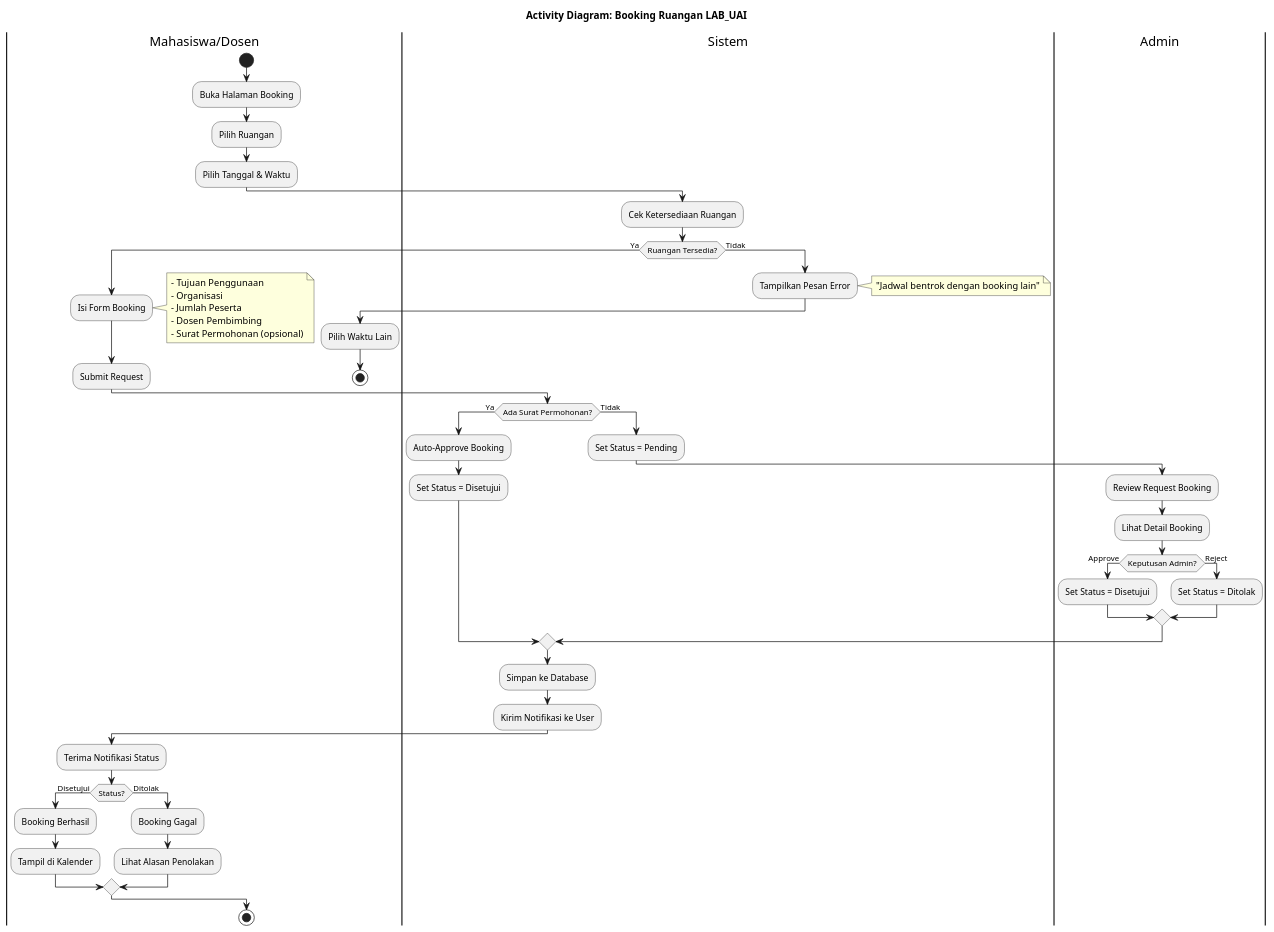
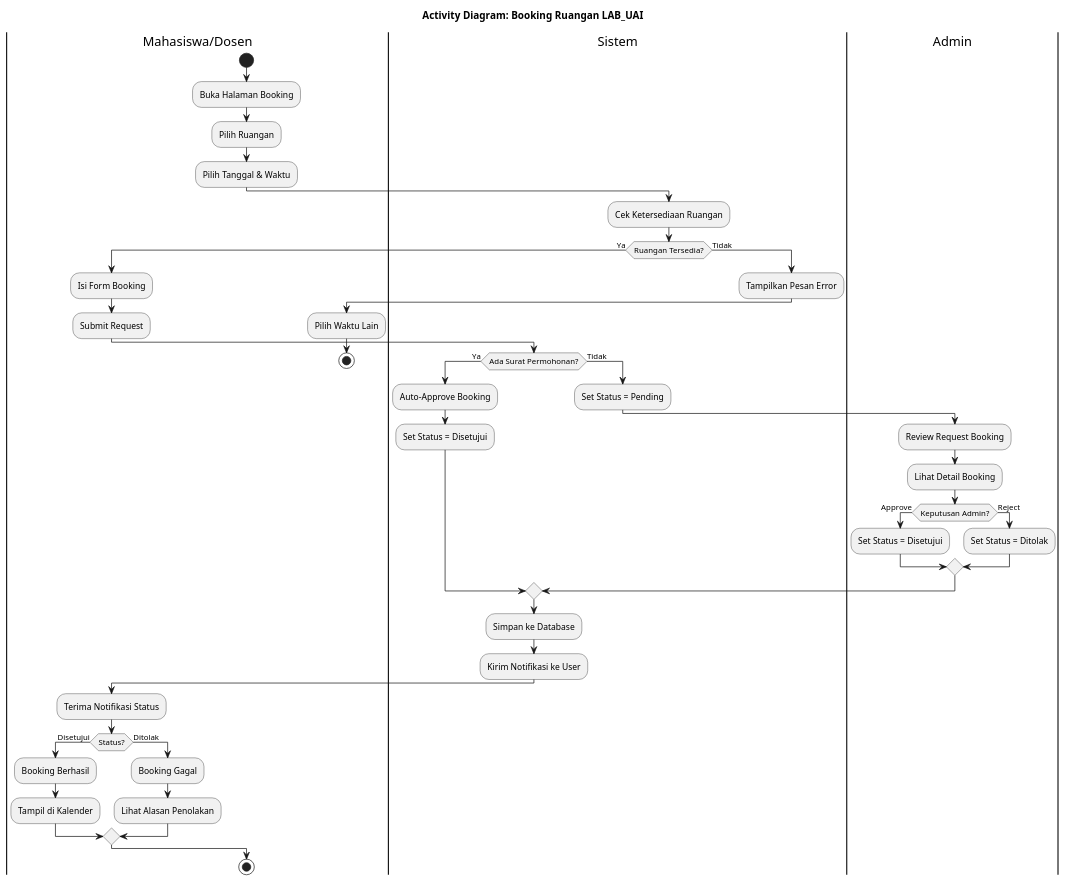
The diagram in docs/backend/activity-booking.puml (akhdanyafi/lab_uai_from_asyraf), drawn with PlantUML before and after one commit. The commit also changed 3 other files, not shown here.

```diff
--- a/docs/backend/activity-booking.puml
+++ b/docs/backend/activity-booking.puml
@@ -1,72 +1,64 @@
 @startuml BookingRuangan
 
 title Activity Diagram: Booking Ruangan LAB_UAI
 
 |Mahasiswa/Dosen|
 start
 :Buka Halaman Booking;
 :Pilih Ruangan;
 :Pilih Tanggal & Waktu;
 
 |Sistem|
 :Cek Ketersediaan Ruangan;
 
 if (Ruangan Tersedia?) then (Ya)
     |Mahasiswa/Dosen|
     :Isi Form Booking;
-    note right
-        - Tujuan Penggunaan
-        - Organisasi
-        - Jumlah Peserta
-        - Dosen Pembimbing
-        - Surat Permohonan (opsional)
-    end note
     
     :Submit Request;
     
     |Sistem|
     if (Ada Surat Permohonan?) then (Ya)
         :Auto-Approve Booking;
         :Set Status = Disetujui;
     else (Tidak)
         :Set Status = Pending;
         
         |Admin|
         :Review Request Booking;
         :Lihat Detail Booking;
         
         if (Keputusan Admin?) then (Approve)
             :Set Status = Disetujui;
         else (Reject)
             :Set Status = Ditolak;
         endif
     endif
     
     |Sistem|
     :Simpan ke Database;
     :Kirim Notifikasi ke User;
     
     |Mahasiswa/Dosen|
     :Terima Notifikasi Status;
     
     if (Status?) then (Disetujui)
         :Booking Berhasil;
         :Tampil di Kalender;
     else (Ditolak)
         :Booking Gagal;
         :Lihat Alasan Penolakan;
     endif
     
 else (Tidak)
     |Sistem|
     :Tampilkan Pesan Error;
-    note right: "Jadwal bentrok dengan booking lain"
     
     |Mahasiswa/Dosen|
     :Pilih Waktu Lain;
     stop
 endif
 
 stop
 
 @enduml
```
